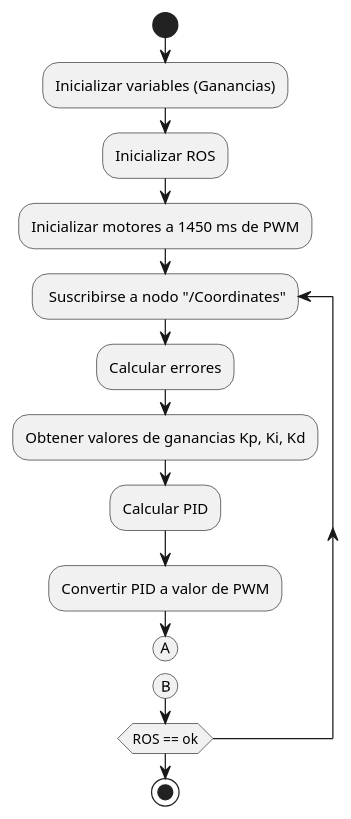
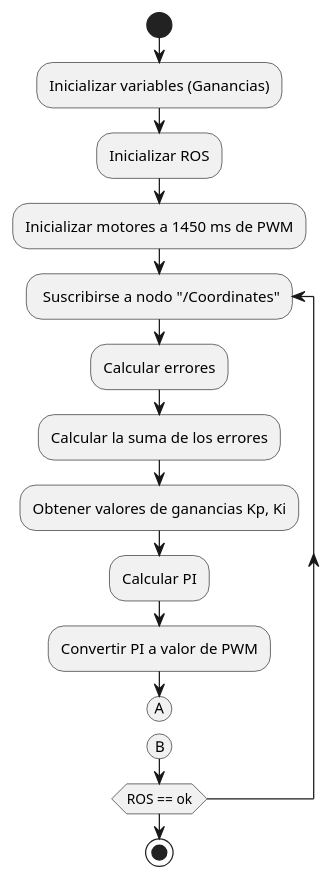
Before and after one commit to MarcoAAG/Tesis: the diagram in UML/MCU/control.plantuml, drawn with PlantUML. The commit also changed 52 other files, not shown here.

```diff
--- a/UML/MCU/control.plantuml
+++ b/UML/MCU/control.plantuml
@@ -1,16 +1,17 @@
 @startuml control
 start
 :Inicializar variables (Ganancias);
 :Inicializar ROS;
 :Inicializar motores a 1450 ms de PWM;
 repeat : Suscribirse a nodo "/Coordinates";
   :Calcular errores;
-  :Obtener valores de ganancias Kp, Ki, Kd;
-  :Calcular PID;
-  :Convertir PID a valor de PWM;
+  :Calcular la suma de los errores;
+  :Obtener valores de ganancias Kp, Ki;
+  :Calcular PI;
+  :Convertir PI a valor de PWM;
   (A)
   detach
   (B)
 repeat while (ROS == ok)
 stop
 @enduml
```
